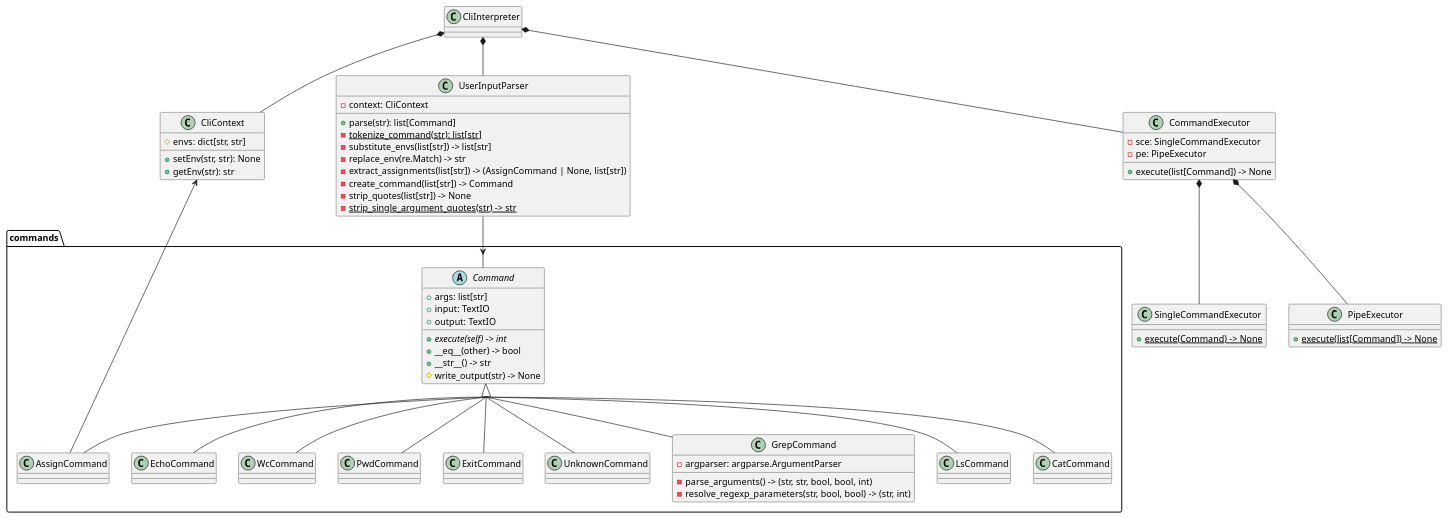
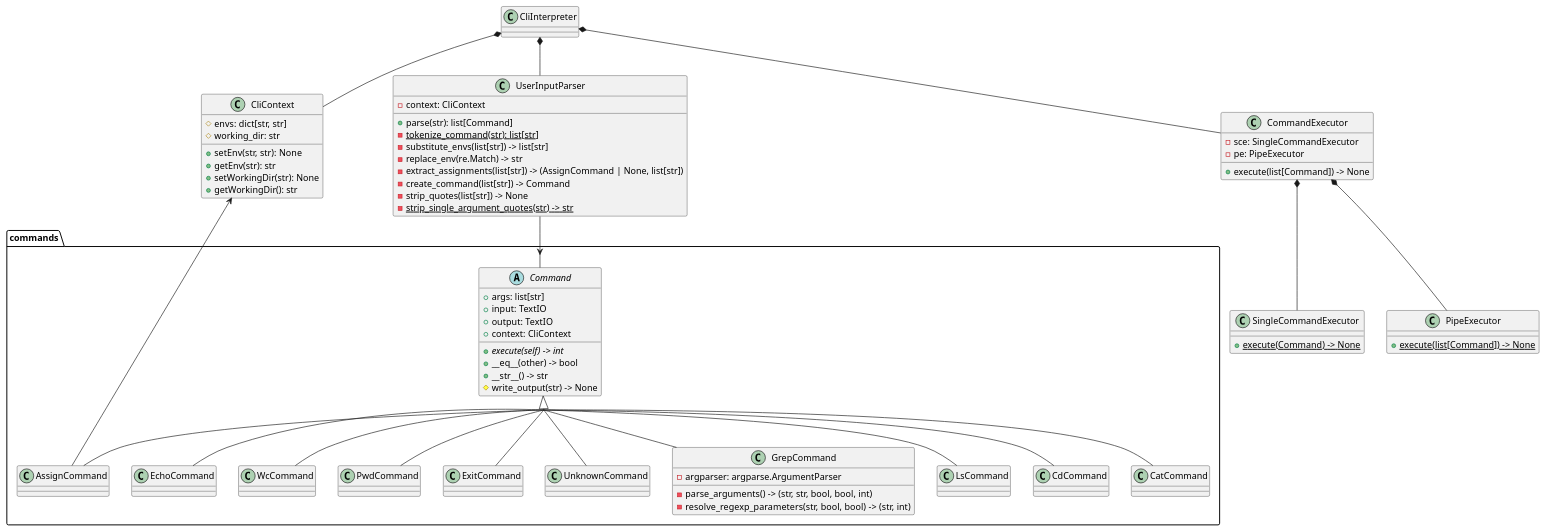
One commit to mozhayka/sd_hw1_cli changed the diagram in docs/class_schema.puml. Above: the diagram before and after it, drawn with PlantUML. The commit also changed 1 other file, not shown here.

```diff
--- a/docs/class_schema.puml
+++ b/docs/class_schema.puml
@@ -1,100 +1,108 @@
 @startuml
 skinparam groupInheritance 4
 
 class CliInterpreter {
 }
 
 class CliContext {
     # envs: dict[str, str]
+    # working_dir: str
     + setEnv(str, str): None
     + getEnv(str): str
+    + setWorkingDir(str): None
+    + getWorkingDir(): str
 }
 
 class UserInputParser {
     - context: CliContext
     + parse(str): list[Command]
     - {static} tokenize_command(str): list[str]
     - substitute_envs(list[str]) -> list[str]
     - replace_env(re.Match) -> str
     - extract_assignments(list[str]) -> (AssignCommand | None, list[str])
     - create_command(list[str]) -> Command
     - strip_quotes(list[str]) -> None
     - {static} strip_single_argument_quotes(str) -> str
 }
 
 class CommandExecutor {
     - sce: SingleCommandExecutor
     - pe: PipeExecutor
     + execute(list[Command]) -> None
 }
 
 class SingleCommandExecutor {
     + {static} execute(Command) -> None
 }
 
 class PipeExecutor {
     + {static} execute(list[Command]) -> None
 }
 
 package commands {
     abstract class Command {
         + args: list[str]
         + input: TextIO
         + output: TextIO
+        + context: CliContext
         + {abstract} execute(self) -> int
         + __eq__(other) -> bool
         + __str__() -> str
         # write_output(str) -> None
     }
 
     class CatCommand {
     }
 
     class EchoCommand {
     }
 
     class WcCommand {
     }
 
     class PwdCommand {
     }
 
     class ExitCommand {
     }
 
     class AssignCommand {
     }
 
     class UnknownCommand {
     }
 
     class GrepCommand {
         - argparser: argparse.ArgumentParser
         - parse_arguments() -> (str, str, bool, bool, int)
         - resolve_regexp_parameters(str, bool, bool) -> (str, int)
     }
 
     class LsCommand {
     }
+
+    class CdCommand {
+    }
 }
 
 CliInterpreter *-- UserInputParser
 CliInterpreter *-- CommandExecutor
 CliInterpreter *-- CliContext
 
 UserInputParser --> Command
 CommandExecutor *-- SingleCommandExecutor
 CommandExecutor *-- PipeExecutor
 
 Command <|-- CatCommand
 Command <|-- EchoCommand
 Command <|-- WcCommand
 Command <|-- PwdCommand
 Command <|-- ExitCommand
 Command <|-- AssignCommand
 CliContext <-- AssignCommand
 Command <|-- UnknownCommand
 Command <|-- GrepCommand
 Command <|-- LsCommand
+Command <|-- CdCommand
 
 @enduml
```
